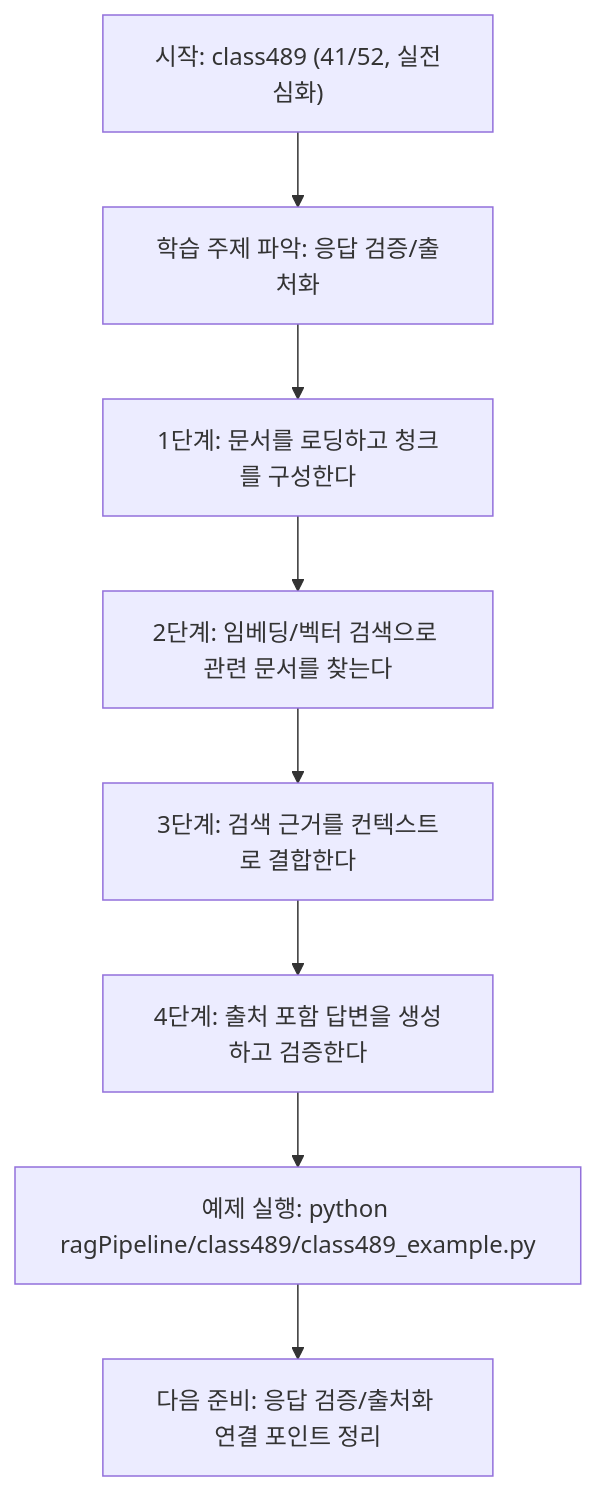
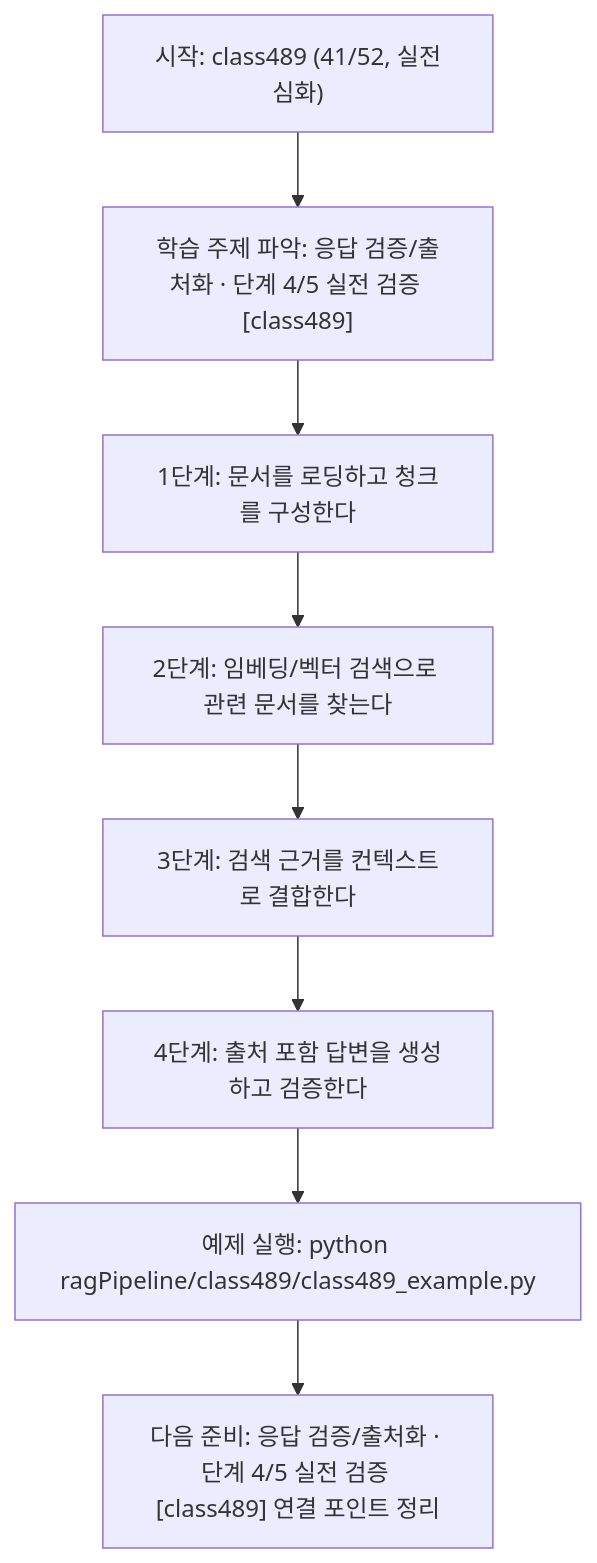
One commit to edumgt/Python-AI_Agent-Class changed the diagram in ragPipeline/class489/class489.md. Above: the diagram before and after it, drawn with Mermaid. The commit also changed other lines of this file and 522 other files, not shown here.

````diff
--- a/ragPipeline/class489/class489.md
+++ b/ragPipeline/class489/class489.md
@@ -110,18 +111,18 @@
 ```mermaid
 flowchart TD
 N1["시작: class489 (41/52, 실전심화)"]
-N2["학습 주제 파악: 응답 검증/출처화"]
+N2["학습 주제 파악: 응답 검증/출처화 · 단계 4/5 실전 검증 [class489]"]
 N3["1단계: 문서를 로딩하고 청크를 구성한다"]
 N4["2단계: 임베딩/벡터 검색으로 관련 문서를 찾는다"]
 N5["3단계: 검색 근거를 컨텍스트로 결합한다"]
 N6["4단계: 출처 포함 답변을 생성하고 검증한다"]
 N7["예제 실행: python ragPipeline/class489/class489_example.py"]
-N8["다음 준비: 응답 검증/출처화 연결 포인트 정리"]
+N8["다음 준비: 응답 검증/출처화 · 단계 4/5 실전 검증 [class489] 연결 포인트 정리"]
 N1 --> N2
 N2 --> N3
 N3 --> N4
 N4 --> N5
 N5 --> N6
 N6 --> N7
 N7 --> N8
 ```
````
